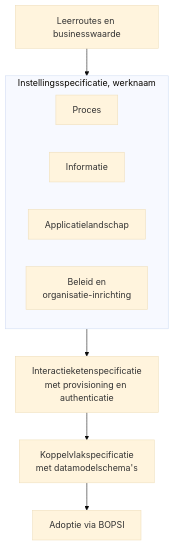
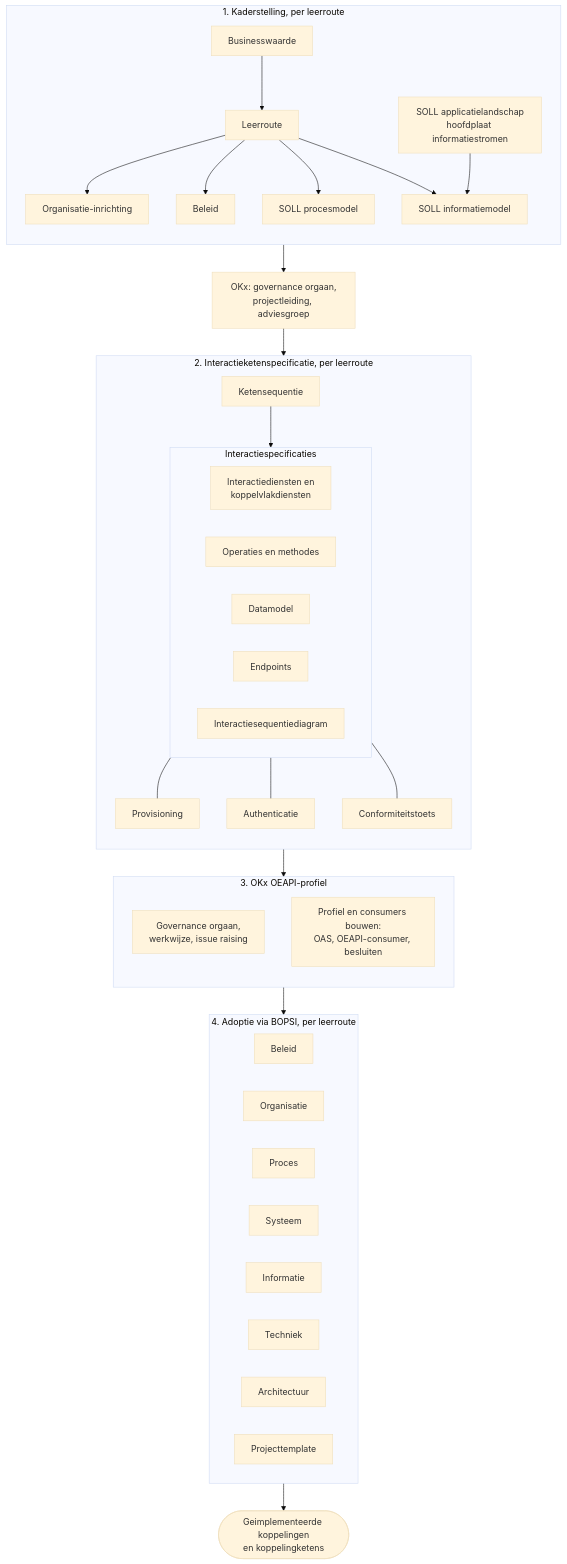
The third of 4 diagrams in doc/leesroute-okx.md (Npuls-OKx/meta), drawn with Mermaid (base theme) before and after one commit. The commit also changed other lines of this file and 1 other file, not shown here.

Commit message:
Productopdeling: de vier lagen uit de schets, met per laag de dragende partij
De productopdeling volgt nu de schets onder #396: kaderstelling per
leerroute met businesswaarde, procesmodel, informatiemodel en
applicatielandschap, daaronder de interactieketenspecificatie met haar
interactiespecificaties, provisioning, authenticatie en conformiteitstoets,
dan het OEAPI-profiel met consumers, en als sluitstuk de adoptie via BOPSI
met de acht onderdelen. Per laag staat wie het draagt en wie het toetst.

De koppen zijn plat geworden: doel, scope, deliverables, totstandkoming
deliverables, leeswijzer, repository. De stand per onderdeel vervalt uit de
README; de stand per stap blijft in de leesroute staan.

Closes #415

Claude-Session: https://claude.ai/code/session_01U2MjeqKoEDeZ8DcuBYKUcY

````diff
--- a/doc/leesroute-okx.md
+++ b/doc/leesroute-okx.md
@@ -118,14 +118,48 @@
 ```mermaid
 flowchart TB
-  L["Leerroutes en businesswaarde"] --> S
-  subgraph S["Instellingsspecificatie, werknaam"]
+  subgraph K["1. Kaderstelling, per leerroute"]
+    direction TB
+    BV["Businesswaarde"] --> LR["Leerroute"]
+    LR --> OI["Organisatie-inrichting"]
+    LR --> BE["Beleid"]
+    LR --> PM["SOLL procesmodel"]
+    LR --> IM["SOLL informatiemodel"]
+    AL["SOLL applicatielandschap<br/>hoofdplaat informatiestromen"] --> IM
+  end
+  K --> G["OKx: governance orgaan,<br/>projectleiding, adviesgroep"]
+  G --> S
+  subgraph S["2. Interactieketenspecificatie, per leerroute"]
+    direction TB
+    KS["Ketensequentie"] --> IS
+    subgraph IS["Interactiespecificaties"]
+      direction LR
+      D1["Interactiediensten en<br/>koppelvlakdiensten"]
+      D2["Operaties en methodes"]
+      D3["Datamodel"]
+      D4["Endpoints"]
+      D5["Interactiesequentiediagram"]
+    end
+    IS --- PR["Provisioning"]
+    IS --- AU["Authenticatie"]
+    IS --- CT["Conformiteitstoets"]
+  end
+  S --> P
+  subgraph P["3. OKx OEAPI-profiel"]
+    direction TB
+    GW["Governance orgaan,<br/>werkwijze, issue raising"]
+    BP["Profiel en consumers bouwen:<br/>OAS, OEAPI-consumer, besluiten"]
+  end
+  P --> A
+  subgraph A["4. Adoptie via BOPSI, per leerroute"]
     direction LR
-    P["Proces"]
-    I["Informatie"]
-    A["Applicatielandschap"]
-    B["Beleid en<br/>organisatie-inrichting"]
+    A1["Beleid"]
+    A2["Organisatie"]
+    A3["Proces"]
+    A4["Systeem"]
+    A5["Informatie"]
+    A6["Techniek"]
+    A7["Architectuur"]
+    A8["Projecttemplate"]
   end
-  S --> K["Interactieketenspecificatie<br/>met provisioning en authenticatie"]
-  K --> C["Koppelvlakspecificatie<br/>met datamodelschema's"]
-  C --> AD["Adoptie via BOPSI"]
+  A --> E(["Geimplementeerde koppelingen<br/>en koppelingketens"])
 ```
````
